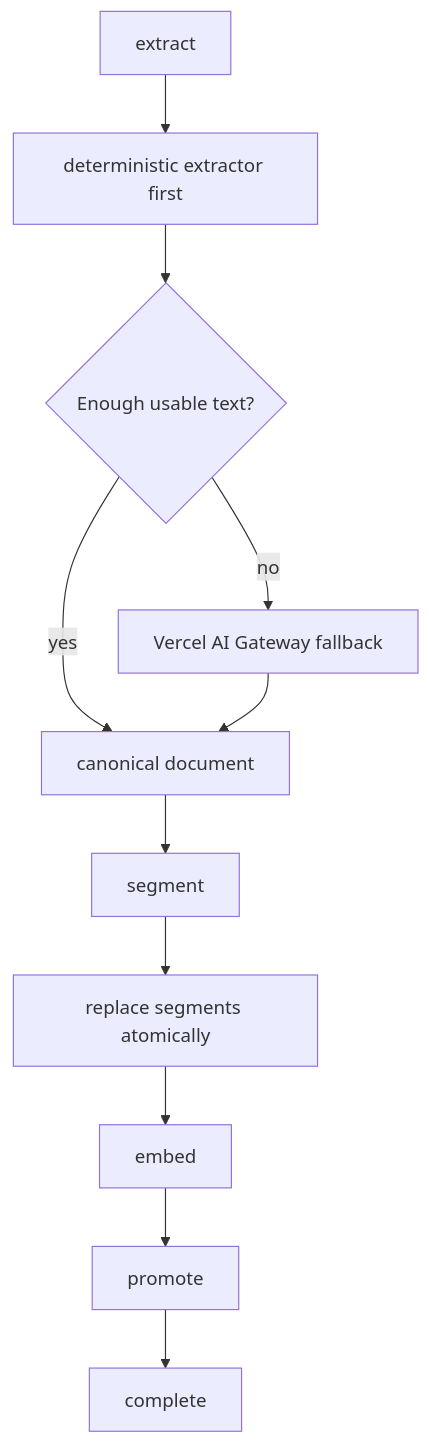
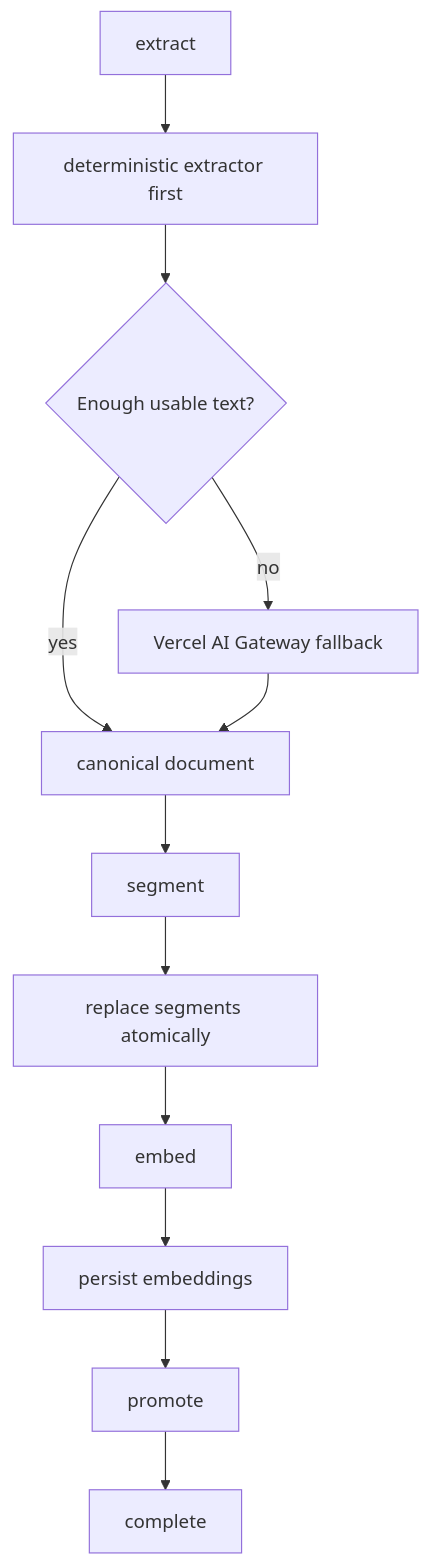
One commit to wiseiodev/memory-vault changed the second of 3 diagrams in docs/ingestion-workflow-foundation.md. Above: the diagram before and after it, drawn with Mermaid. The commit also changed other lines of this file and 19 other files, not shown here.

````diff
--- a/docs/ingestion-workflow-foundation.md
+++ b/docs/ingestion-workflow-foundation.md
@@ -42,13 +42,14 @@
 ```mermaid
 flowchart TD
     A["extract"] --> B["deterministic extractor first"]
     B --> C{"Enough usable text?"}
     C -->|yes| D["canonical document"]
     C -->|no| E["Vercel AI Gateway fallback"]
     E --> D
     D --> F["segment"]
     F --> G["replace segments atomically"]
     G --> H["embed"]
-    H --> I["promote"]
-    I --> J["complete"]
+    H --> I["persist embeddings"]
+    I --> J["promote"]
+    J --> K["complete"]
 ```
````
